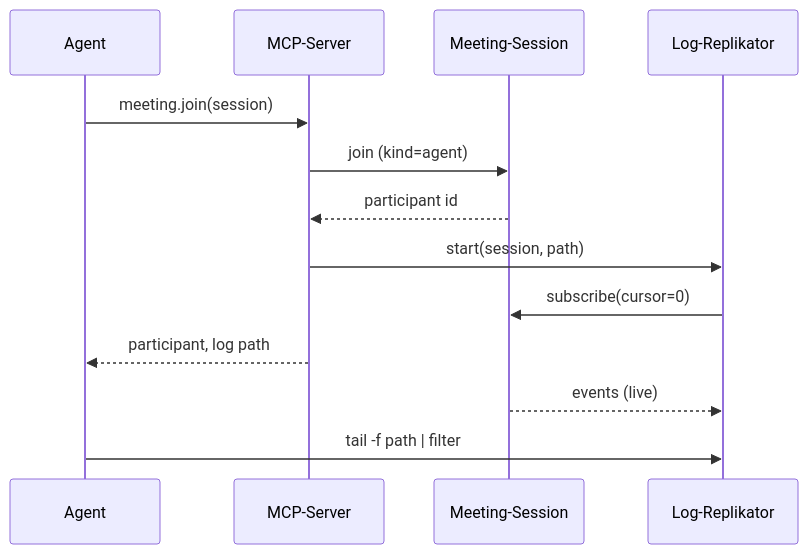
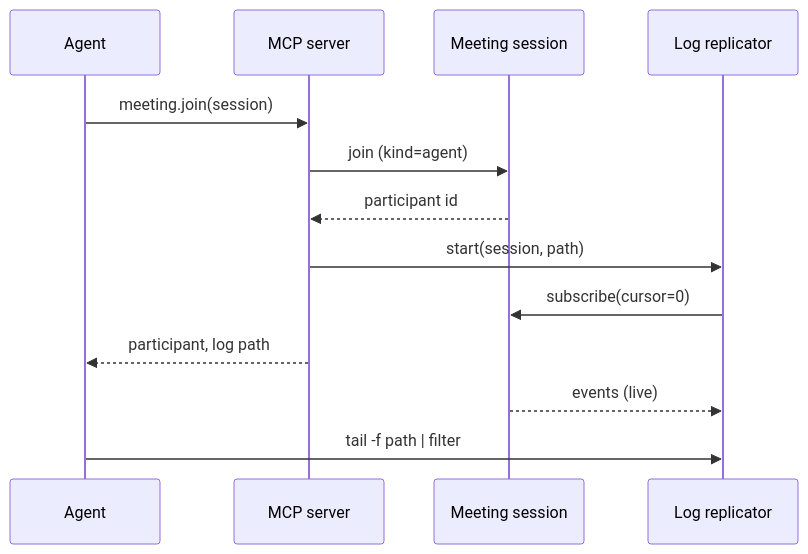
Before and after one commit to mrsimpson/agentic-office: the first of 4 diagrams in docs/architecture/06-runtime-view.arc42.md, drawn with Mermaid. The commit also changed other lines of this file and 13 other files, not shown here.

First line of the commit message:
Translate architecture to English and add resumability

````diff
--- a/docs/architecture/06-runtime-view.arc42.md
+++ b/docs/architecture/06-runtime-view.arc42.md
@@ -27,15 +27,15 @@
 ```mermaid
 sequenceDiagram
     participant actor_agent as Agent
-    participant bb_mcp as MCP-Server
-    participant bb_session as Meeting-Session
-    participant bb_replicator as Log-Replikator
+    participant bb_mcp as MCP server
+    participant bb_session as Meeting session
+    participant bb_replicator as Log replicator
     actor_agent->>bb_mcp: meeting.join(session)
     bb_mcp->>bb_session: join (kind=agent)
     bb_session-->>bb_mcp: participant id
     bb_mcp->>bb_replicator: start(session, path)
     bb_replicator->>bb_session: subscribe(cursor=0)
     bb_mcp-->>actor_agent: participant, log path
     bb_session-->>bb_replicator: events (live)
     actor_agent->>bb_replicator: tail -f path | filter
 ```
````
